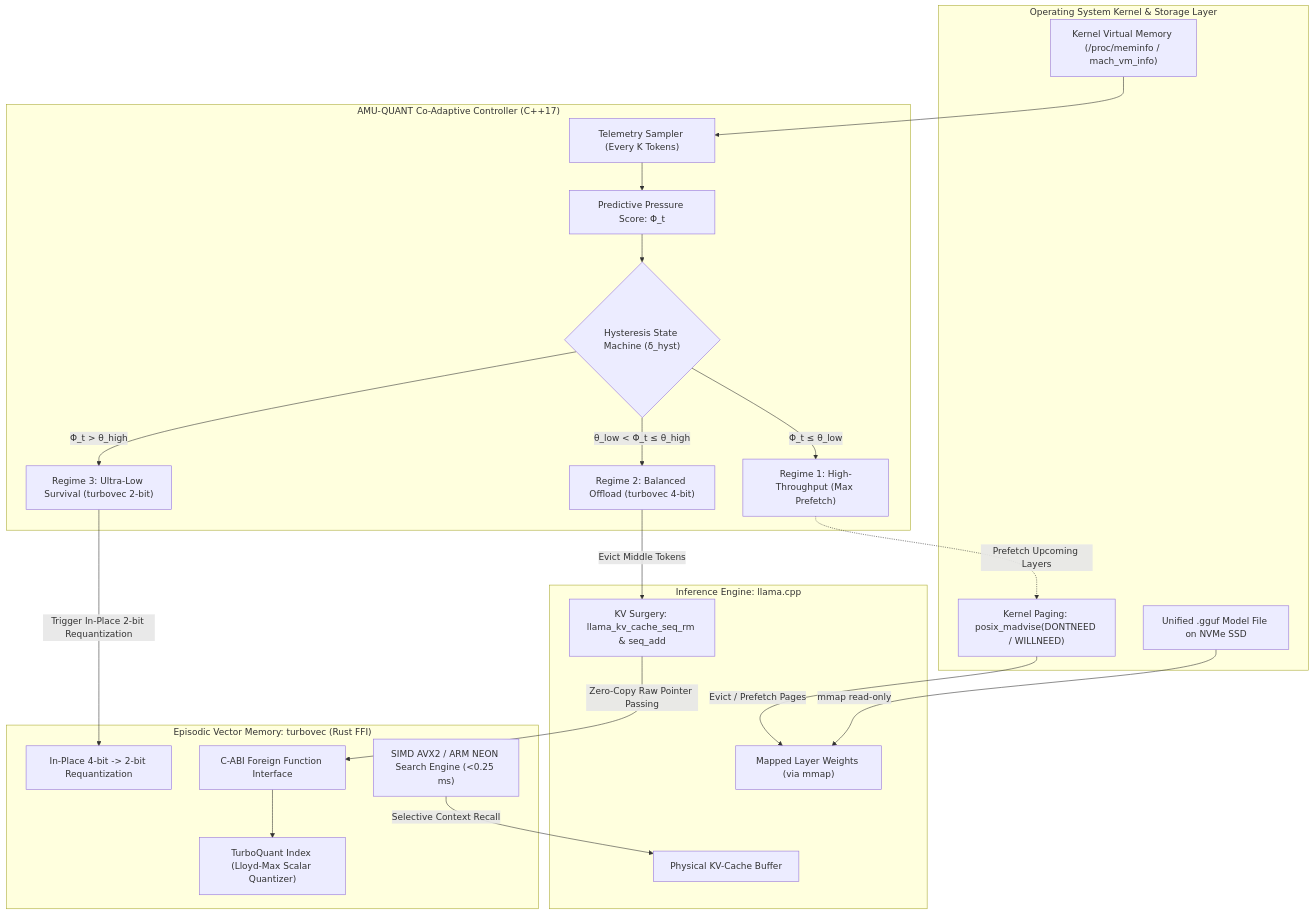
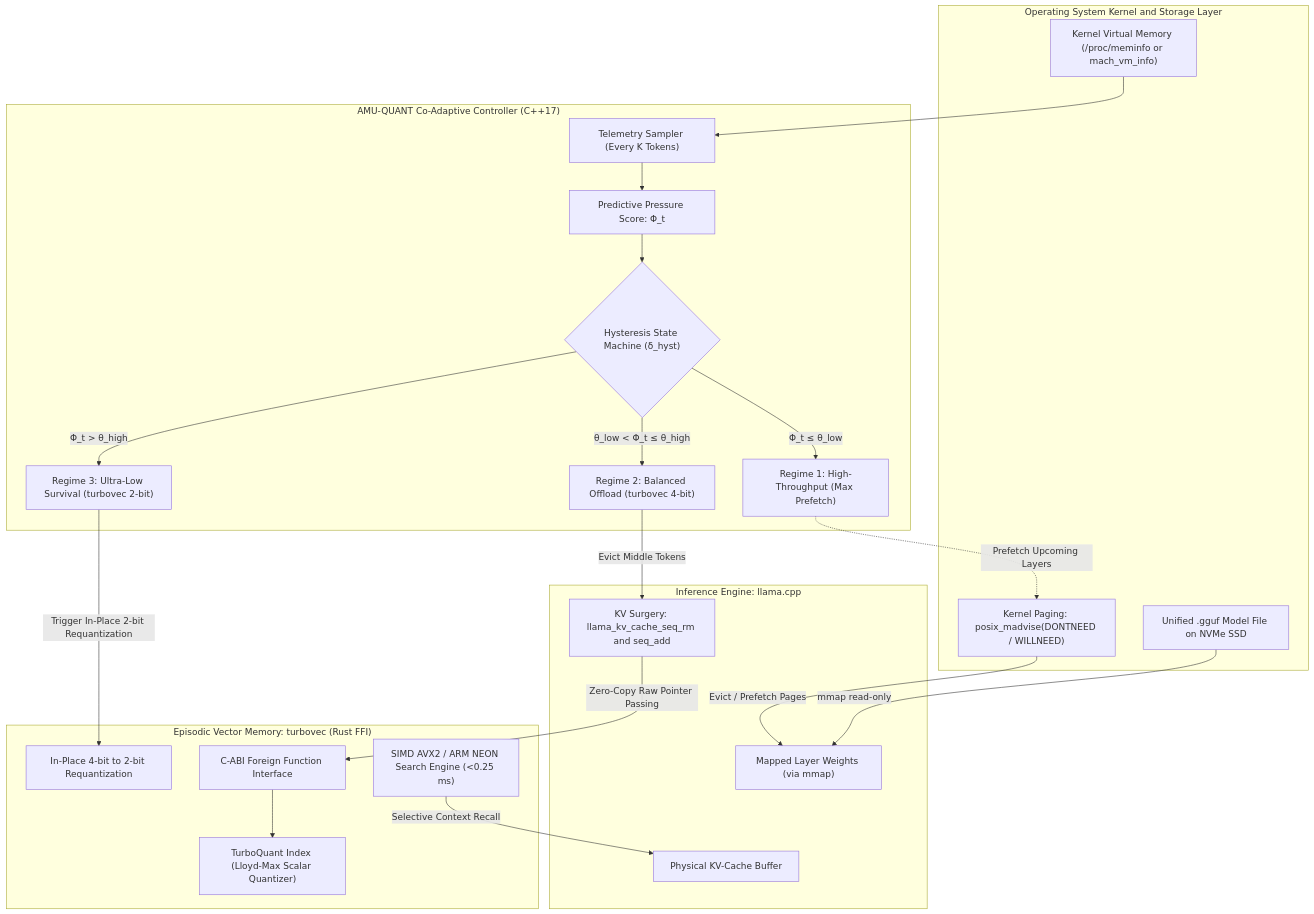
The diagram in README.md (ridwanmubarok/amuquant), drawn with Mermaid before and after one commit. The commit also changed other lines of this file and 1 other file, not shown here.

Commit message:
docs: fix github katex rendering syntax and generalize cross-scale memory spectrum

````diff
--- a/README.md
+++ b/README.md
@@ -62,47 +90,47 @@
 ```mermaid
 flowchart TD
-    subgraph OS_Layer ["Operating System Kernel & Storage Layer"]
-        OS_Mem["Kernel Virtual Memory (/proc/meminfo / mach_vm_info)"]
+    subgraph OS_Layer ["Operating System Kernel and Storage Layer"]
+        OS_Mem["Kernel Virtual Memory (/proc/meminfo or mach_vm_info)"]
         Sys_Madvise["Kernel Paging: posix_madvise(DONTNEED / WILLNEED)"]
         GGUF_File["Unified .gguf Model File on NVMe SSD"]
     end
 
     subgraph AMUQuant_Controller ["AMU-QUANT Co-Adaptive Controller (C++17)"]
         TelemetrySampler["Telemetry Sampler (Every K Tokens)"]
         PredictiveScore["Predictive Pressure Score: Φ_t"]
         RegimeMachine{"Hysteresis State Machine (δ_hyst)"}
         R1["Regime 1: High-Throughput (Max Prefetch)"]
         R2["Regime 2: Balanced Offload (turbovec 4-bit)"]
         R3["Regime 3: Ultra-Low Survival (turbovec 2-bit)"]
     end
 
     subgraph Llama_Engine ["Inference Engine: llama.cpp"]
         WeightRegistry["Mapped Layer Weights (via mmap)"]
         KVCache["Physical KV-Cache Buffer"]
-        KVSurgery["KV Surgery: llama_kv_cache_seq_rm & seq_add"]
+        KVSurgery["KV Surgery: llama_kv_cache_seq_rm and seq_add"]
     end
 
     subgraph Turbovec_FFI ["Episodic Vector Memory: turbovec (Rust FFI)"]
         FFI_Layer["C-ABI Foreign Function Interface"]
         TurboQuantIndex["TurboQuant Index (Lloyd-Max Scalar Quantizer)"]
-        Requantizer["In-Place 4-bit -> 2-bit Requantization"]
+        Requantizer["In-Place 4-bit to 2-bit Requantization"]
         SIMDSearch["SIMD AVX2 / ARM NEON Search Engine (<0.25 ms)"]
     end
 
     OS_Mem --> TelemetrySampler
     TelemetrySampler --> PredictiveScore
     PredictiveScore --> RegimeMachine
     RegimeMachine -->|Φ_t ≤ θ_low| R1
     RegimeMachine -->|θ_low < Φ_t ≤ θ_high| R2
     RegimeMachine -->|Φ_t > θ_high| R3
 
     R1 -.->|Prefetch Upcoming Layers| Sys_Madvise
     R2 -->|Evict Middle Tokens| KVSurgery
     R3 -->|Trigger In-Place 2-bit Requantization| Requantizer
 
     GGUF_File -->|mmap read-only| WeightRegistry
     Sys_Madvise -->|Evict / Prefetch Pages| WeightRegistry
     KVSurgery -->|Zero-Copy Raw Pointer Passing| FFI_Layer
     FFI_Layer --> TurboQuantIndex
     SIMDSearch -->|Selective Context Recall| KVCache
 ```
````
